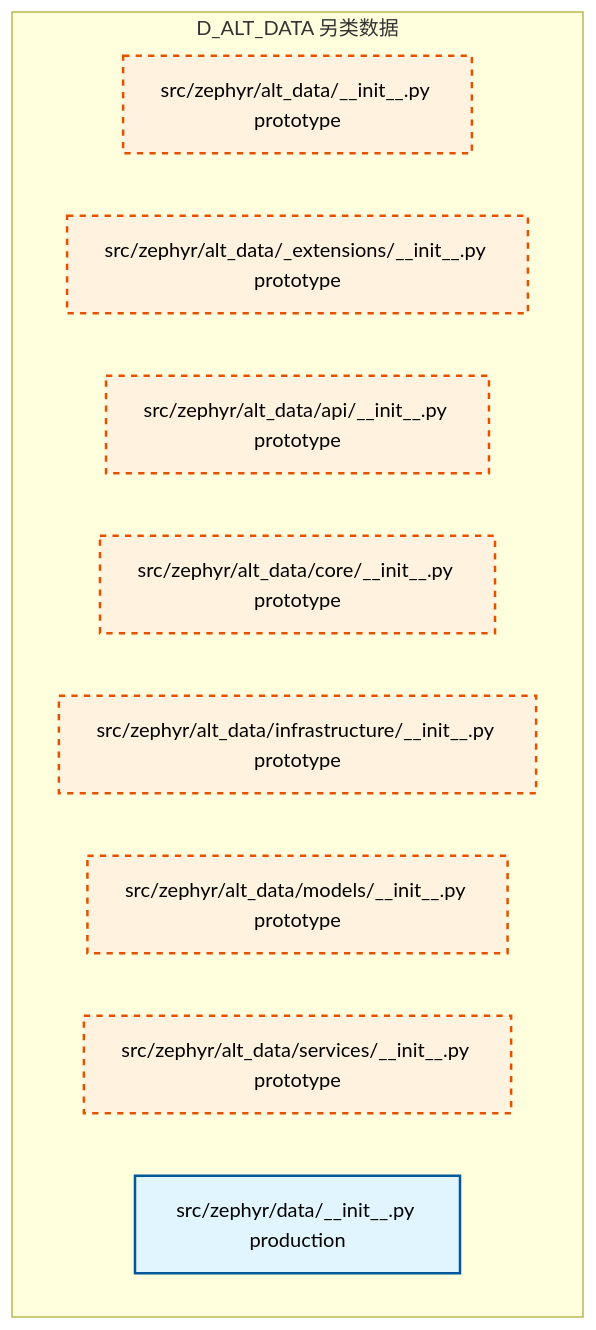
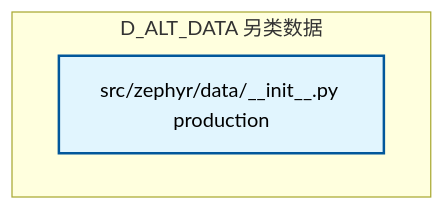
The diagram in docs/02_enterprise_architecture/02_domain_architecture_docs/06_d_alt_data.md (xuanFelixVan/ZephyrAlpha), drawn with Mermaid before and after one commit. The commit also changed other lines of this file and 52 other files, not shown here.

````diff
--- a/docs/02_enterprise_architecture/02_domain_architecture_docs/06_d_alt_data.md
+++ b/docs/02_enterprise_architecture/02_domain_architecture_docs/06_d_alt_data.md
@@ -47,19 +47,11 @@
 ```mermaid
 graph TD
     subgraph D_ALT_DATA["D_ALT_DATA 另类数据"]
-        src_zephyr_alt_data_init_py["src/zephyr/alt_data/__init__.py prototype"]
-        src_zephyr_alt_data_extensions_init_py["src/zephyr/alt_data/_extensions/__init__.py prototype"]
-        src_zephyr_alt_data_api_init_py["src/zephyr/alt_data/api/__init__.py prototype"]
-        src_zephyr_alt_data_core_init_py["src/zephyr/alt_data/core/__init__.py prototype"]
-        src_zephyr_alt_data_infrastructure_init_py["src/zephyr/alt_data/infrastructure/__init__.py prototype"]
-        src_zephyr_alt_data_models_init_py["src/zephyr/alt_data/models/__init__.py prototype"]
-        src_zephyr_alt_data_services_init_py["src/zephyr/alt_data/services/__init__.py prototype"]
         src_zephyr_data_init_py["src/zephyr/data/__init__.py production"]
     end
     classDef production fill:#e1f5fe,stroke:#01579b,stroke-width:2px,color:#000
     classDef design fill:#fff3e0,stroke:#e65100,stroke-width:2px,color:#000,stroke-dasharray: 5 5
     classDef external_prod fill:#e8f5e9,stroke:#1b5e20,stroke-width:1px,color:#000
     classDef external_design fill:#fce4ec,stroke:#880e4f,stroke-width:1px,color:#000,stroke-dasharray: 5 5
     class src_zephyr_data_init_py production
-    class src_zephyr_alt_data_init_py,src_zephyr_alt_data_extensions_init_py,src_zephyr_alt_data_api_init_py,src_zephyr_alt_data_core_init_py,src_zephyr_alt_data_infrastructure_init_py,src_zephyr_alt_data_models_init_py,src_zephyr_alt_data_services_init_py design
 ```
````
